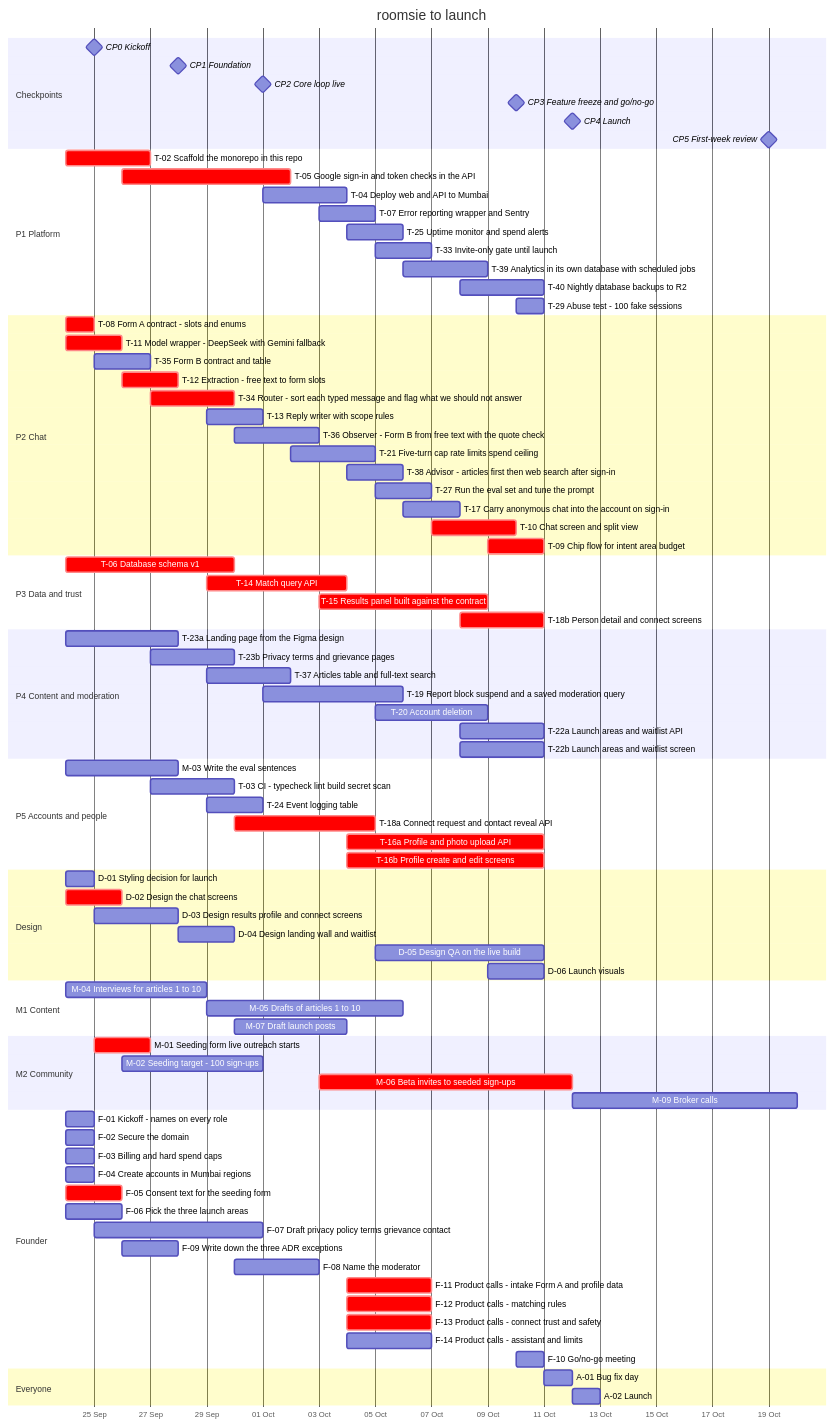
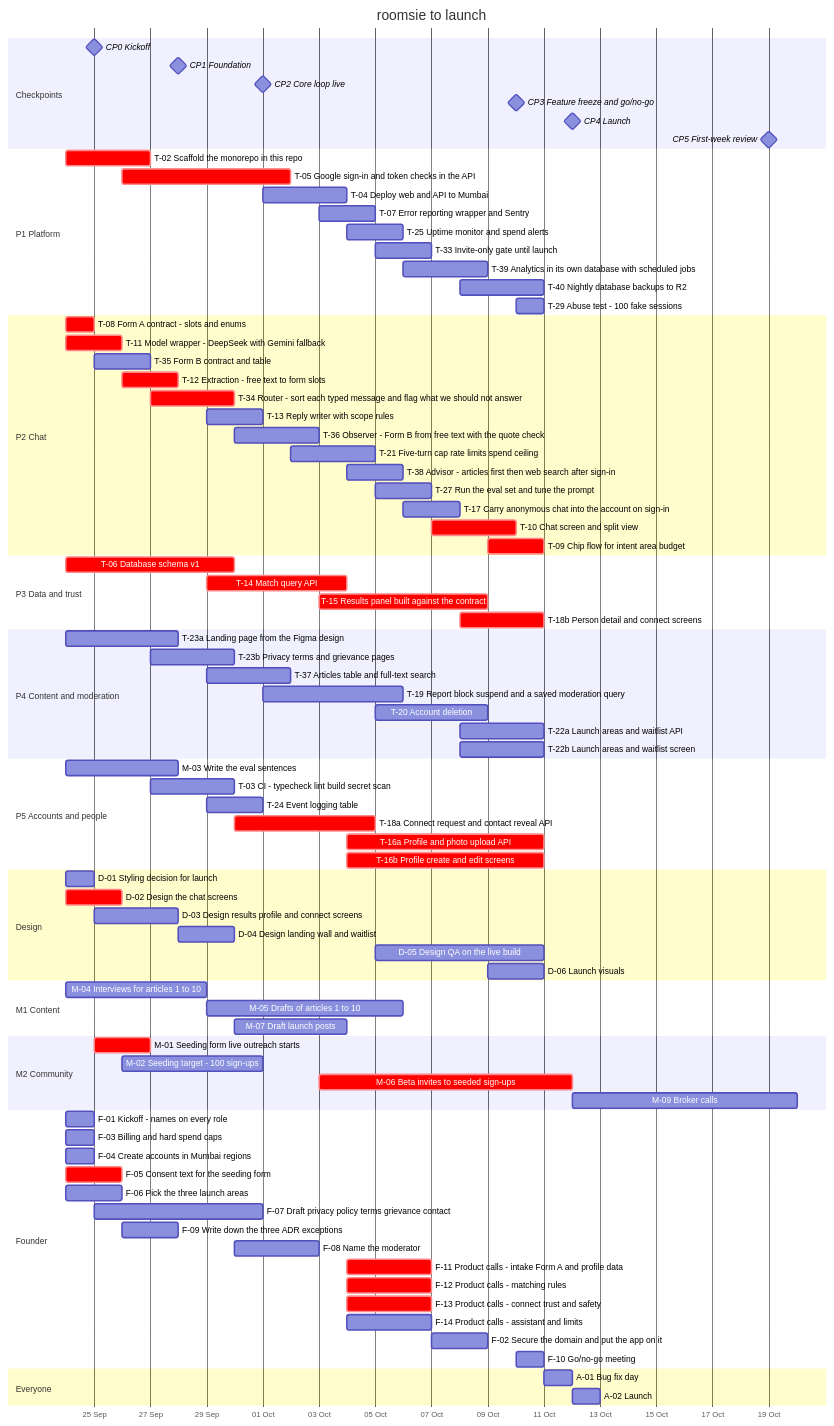
Before and after one commit to magentawood/roomsie: the diagram in docs/team-plan.md, drawn with Mermaid. The commit also changed other lines of this file and 18 other files, not shown here.

```diff
--- a/docs/team-plan.md
+++ b/docs/team-plan.md
@@ -356,7 +356,6 @@
     M-09 Broker calls :m09, 2026-10-12, 8d
     section Founder
     F-01 Kickoff - names on every role :f01, 2026-09-24, 1d
-    F-02 Secure the domain :f02, 2026-09-24, 1d
     F-03 Billing and hard spend caps :f03, 2026-09-24, 1d
     F-04 Create accounts in Mumbai regions :f04, 2026-09-24, 1d
     F-05 Consent text for the seeding form :crit, f05, 2026-09-24, 2d
@@ -368,6 +367,7 @@
     F-12 Product calls - matching rules :crit, f12, 2026-10-04, 3d
     F-13 Product calls - connect trust and safety :crit, f13, 2026-10-04, 3d
     F-14 Product calls - assistant and limits :f14, 2026-10-04, 3d
+    F-02 Secure the domain and put the app on it :f02, 2026-10-07, 2d
     F-10 Go/no-go meeting :f10, 2026-10-10, 1d
     section Everyone
     A-01 Bug fix day :a01, 2026-10-11, 1d
```
